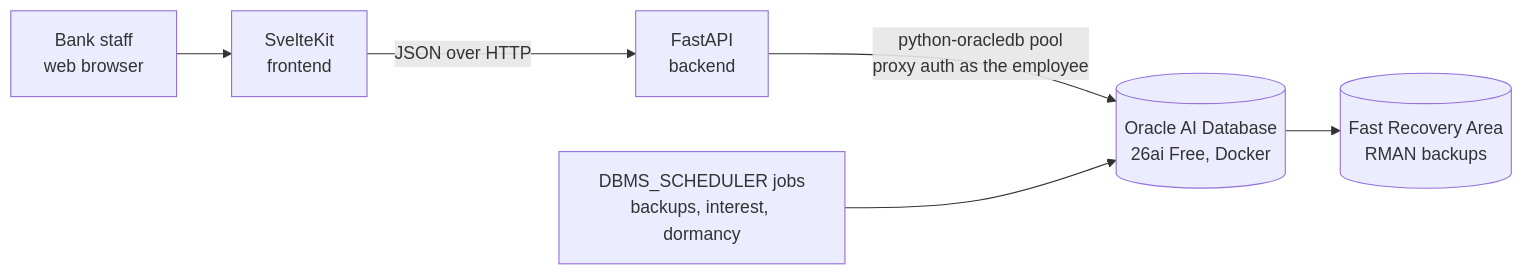
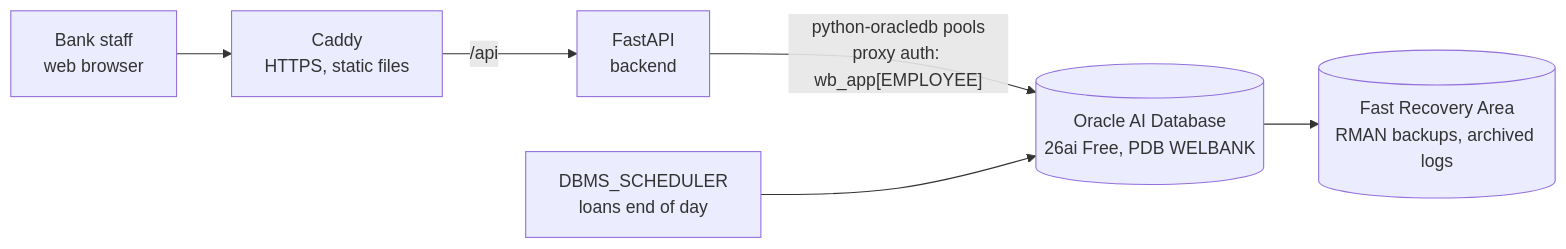
Before and after one commit to elomwarren/welbank-core-banking: the diagram in README.md, drawn with Mermaid. The commit also changed other lines of this file and 84 other files, not shown here.

Commit message:
feat: add the SvelteKit web app, RMAN backup and restore-drill scripts, and container deployment with Caddy

````diff
--- a/README.md
+++ b/README.md
@@ -16,8 +18,8 @@
 ```mermaid
 flowchart LR
-    U[Bank staff<br/>web browser] --> FE[SvelteKit<br/>frontend]
-    FE -- JSON over HTTP --> API[FastAPI<br/>backend]
-    API -- "python-oracledb pool<br/>proxy auth as the employee" --> DB[(Oracle AI Database<br/>26ai Free, Docker)]
-    DB --> FRA[(Fast Recovery Area<br/>RMAN backups)]
-    JOBS[DBMS_SCHEDULER jobs<br/>backups, interest, dormancy] --> DB
+    U[Bank staff<br/>web browser] --> C[Caddy<br/>HTTPS, static files]
+    C -- "/api" --> API[FastAPI<br/>backend]
+    API -- "python-oracledb pools<br/>proxy auth: wb_app[EMPLOYEE]" --> DB[(Oracle AI Database<br/>26ai Free, PDB WELBANK)]
+    DB --> FRA[(Fast Recovery Area<br/>RMAN backups, archived logs)]
+    JOB[DBMS_SCHEDULER<br/>loans end of day] --> DB
 ```
````
